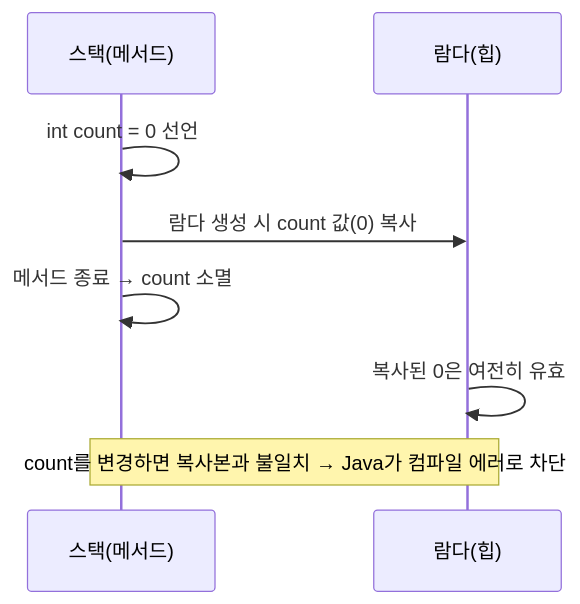
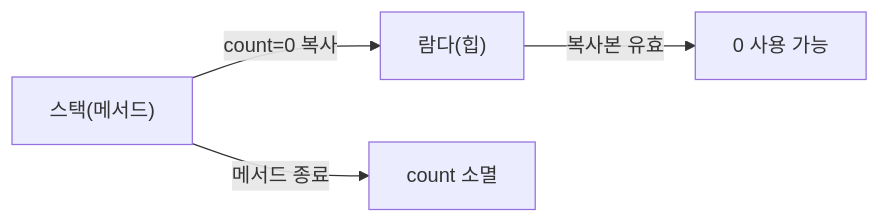
One commit to yjkim2015/yjkim2015.github.io changed the first of 4 diagrams in _posts/java/2026-05-01-java-lambda.md. Above: the diagram before and after it, drawn with Mermaid. The commit also changed other lines of this file and 163 other files, not shown here.

First line of the commit message:
Mermaid 300개 블록 내용 축소: 5노드 5엣지 이하, 의미 있는 약어

````diff
--- a/_posts/java/2026-05-01-java-lambda.md
+++ b/_posts/java/2026-05-01-java-lambda.md
@@ -239,10 +239,6 @@
 ```mermaid
-sequenceDiagram
-    participant S as 스택(메서드)
-    participant L as 람다(힙)
-    S->>S: int count = 0 선언
-    S->>L: 람다 생성 시 count 값(0) 복사
-    S->>S: 메서드 종료 → count 소멸
-    L->>L: 복사된 0은 여전히 유효
-    Note over S,L: count를 변경하면 복사본과 불일치 → Java가 컴파일 에러로 차단
+graph LR
+    S["스택(메서드)"] -->|count=0 복사| L["람다(힙)"]
+    S -->|메서드 종료| GONE["count 소멸"]
+    L -->|복사본 유효| LIVE["0 사용 가능"]
 ```
````
